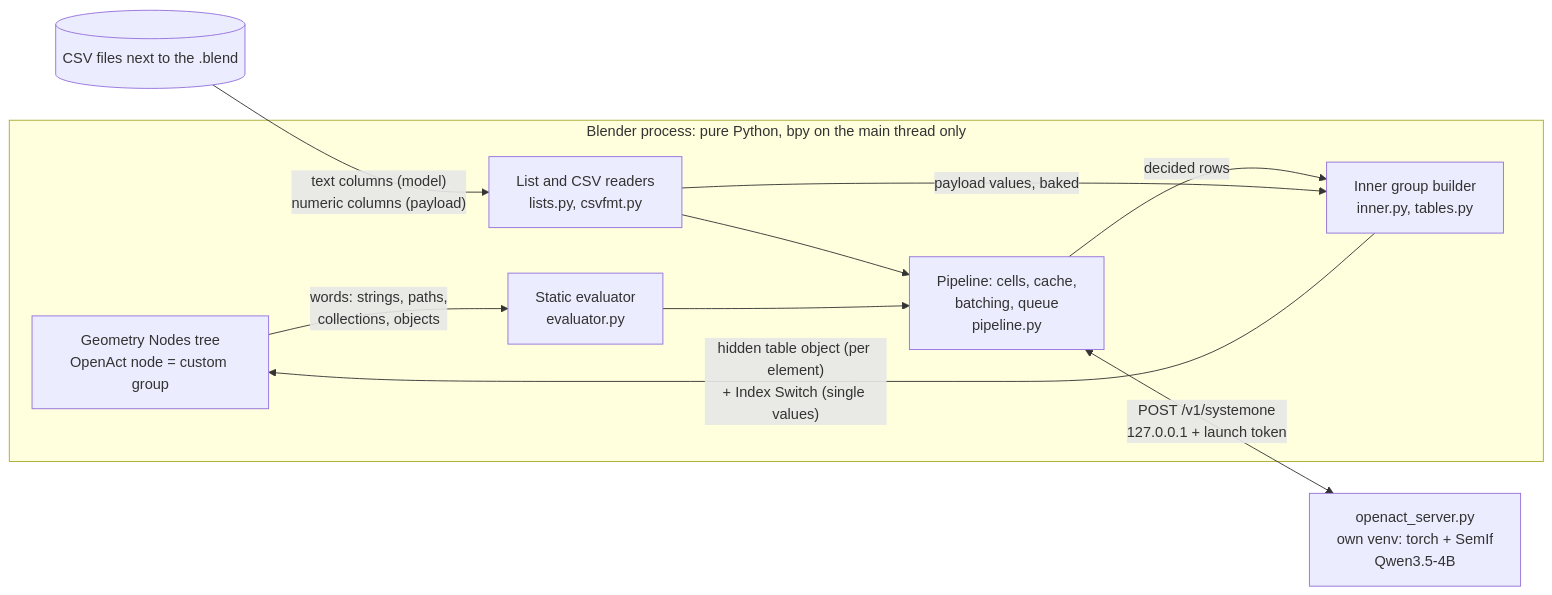
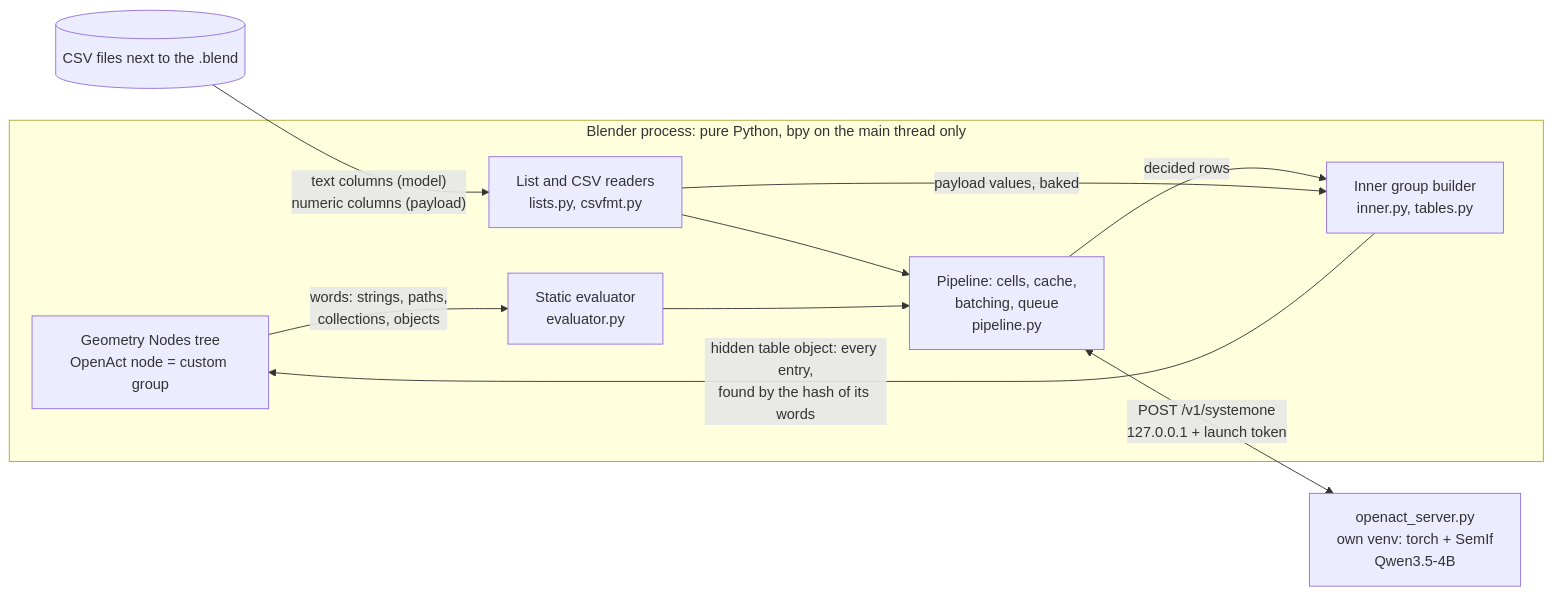
Before and after one commit to nicolaiprodromov/openact: the first of 8 diagrams in docs/DESIGN.md, drawn with Mermaid. The commit also changed other lines of this file and 23 other files, not shown here.

````diff
--- a/docs/DESIGN.md
+++ b/docs/DESIGN.md
@@ -108,13 +108,13 @@
 ```mermaid
 flowchart LR
   subgraph Blender["Blender process: pure Python, bpy on the main thread only"]
     GN["Geometry Nodes tree<br/>OpenAct node = custom group"] -->|"words: strings, paths,<br/>collections, objects"| EV["Static evaluator<br/>evaluator.py"]
     LS["List and CSV readers<br/>lists.py, csvfmt.py"] --> PL["Pipeline: cells, cache,<br/>batching, queue<br/>pipeline.py"]
     EV --> PL
     PL -->|"decided rows"| IN["Inner group builder<br/>inner.py, tables.py"]
-    IN -->|"hidden table object (per element)<br/>+ Index Switch (single values)"| GN
+    IN -->|"hidden table object: every entry,<br/>found by the hash of its words"| GN
   end
   CSV[("CSV files next to the .blend")] -->|"text columns (model)<br/>numeric columns (payload)"| LS
   LS -->|"payload values, baked"| IN
   PL <-->|"POST /v1/systemone<br/>127.0.0.1 + launch token"| SRV["openact_server.py<br/>own venv: torch + SemIf<br/>Qwen3.5-4B"]
 ```
````
